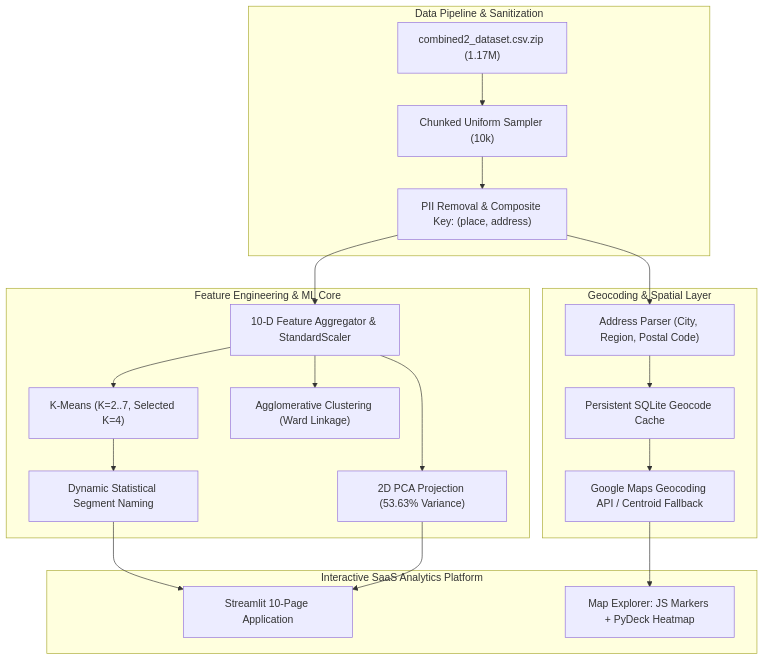
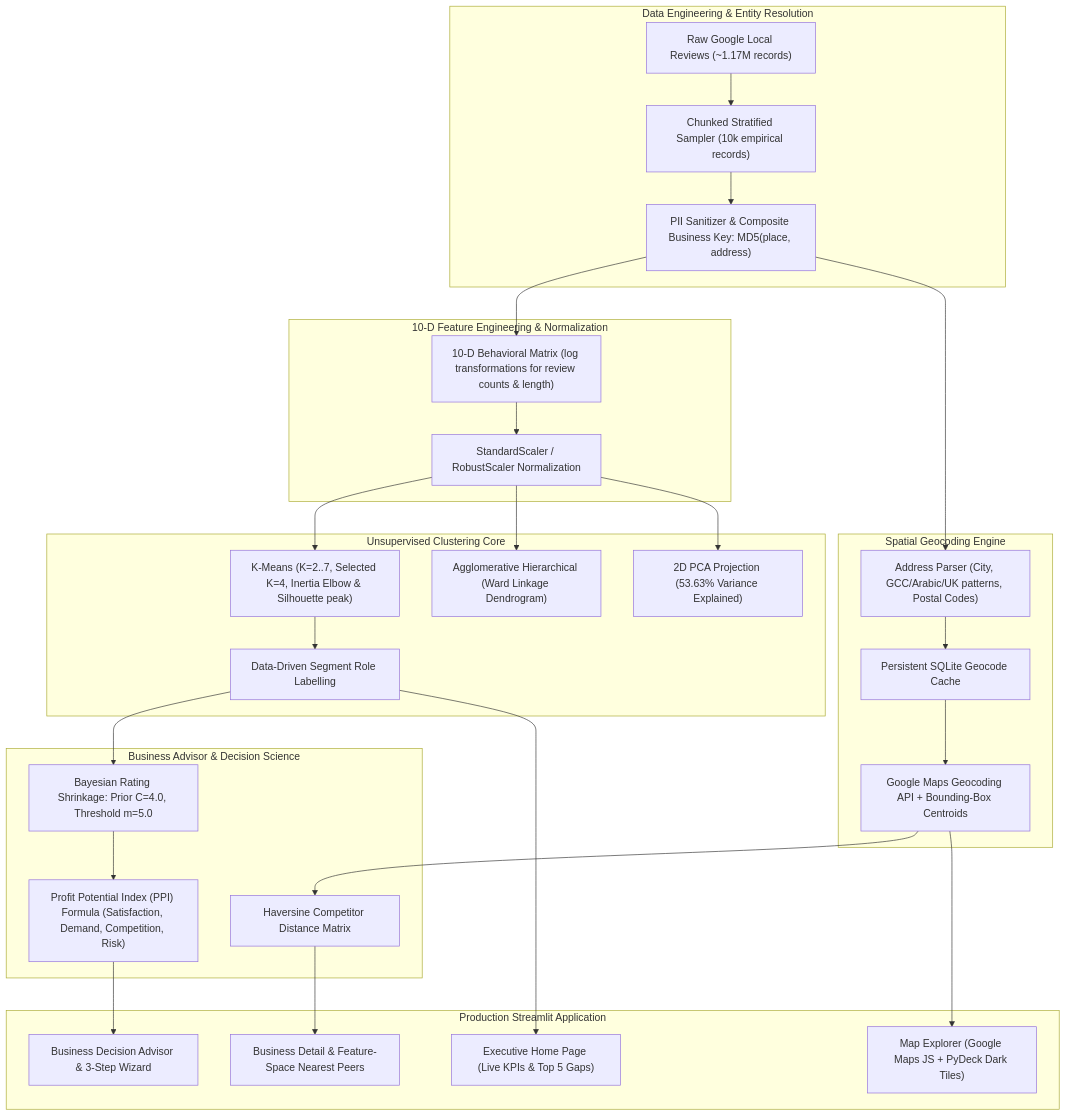
Before and after one commit to Jayant-Hu/Business-Review-Pattern-Segmentation-Using-Clustering: the diagram in README.md, drawn with Mermaid. The commit also changed other lines of this file and 20 other files, not shown here.

````diff
--- a/README.md
+++ b/README.md
@@ -15,27 +15,38 @@
 ```mermaid
 flowchart TD
-    subgraph DataPipeline ["Data Pipeline & Sanitization"]
-        RawZip["combined2_dataset.csv.zip (1.17M)"] --> ChunkSampler["Chunked Uniform Sampler (10k)"]
-        ChunkSampler --> CleanReviews["PII Removal & Composite Key: (place, address)"]
+    subgraph DataPipeline ["Data Engineering & Entity Resolution"]
+        Raw["Raw Google Local Reviews (~1.17M records)"] --> Sampler["Chunked Stratified Sampler (10k empirical records)"]
+        Sampler --> Cleaner["PII Sanitizer & Composite Business Key: MD5(place, address)"]
     end
 
-    subgraph MLCreator ["Feature Engineering & ML Core"]
-        CleanReviews --> FeatEng["10-D Feature Aggregator & StandardScaler"]
-        FeatEng --> KMeans["K-Means (K=2..7, Selected K=4)"]
-        FeatEng --> Hierarchical["Agglomerative Clustering (Ward Linkage)"]
-        FeatEng --> PCA2D["2D PCA Projection (53.63% Variance)"]
-        KMeans --> DynamicLabels["Dynamic Statistical Segment Naming"]
+    subgraph FeatureEngineering ["10-D Feature Engineering & Normalization"]
+        Cleaner --> FeatureMatrix["10-D Behavioral Matrix (log transformations for review counts & length)"]
+        FeatureMatrix --> Scaler["StandardScaler / RobustScaler Normalization"]
     end
 
-    subgraph GeoLayer ["Geocoding & Spatial Layer"]
-        CleanReviews --> CityParser["Address Parser (City, Region, Postal Code)"]
-        CityParser --> SQLiteCache["Persistent SQLite Geocode Cache"]
-        SQLiteCache --> GoogleMapsAPI["Google Maps Geocoding API / Centroid Fallback"]
+    subgraph MLCreator ["Unsupervised Clustering Core"]
+        Scaler --> KMeans["K-Means (K=2..7, Selected K=4, Inertia Elbow & Silhouette peak)"]
+        Scaler --> Hierarchical["Agglomerative Hierarchical (Ward Linkage Dendrogram)"]
+        Scaler --> PCA["2D PCA Projection (53.63% Variance Explained)"]
+        KMeans --> DynamicRoles["Data-Driven Segment Role Labelling"]
     end
 
-    subgraph UI ["Interactive SaaS Analytics Platform"]
-        DynamicLabels --> Dashboard["Streamlit 10-Page Application"]
-        PCA2D --> Dashboard
-        GoogleMapsAPI --> MapExplorer["Map Explorer: JS Markers + PyDeck Heatmap"]
+    subgraph GeoSpatial ["Spatial Geocoding Engine"]
+        Cleaner --> CityParser["Address Parser (City, GCC/Arabic/UK patterns, Postal Codes)"]
+        CityParser --> SQLiteCache["Persistent SQLite Geocode Cache"]
+        SQLiteCache --> Geocoder["Google Maps Geocoding API + Bounding-Box Centroids"]
+    end
+
+    subgraph DecisionEngine ["Business Advisor & Decision Science"]
+        DynamicRoles --> Bayesian["Bayesian Rating Shrinkage: Prior C=4.0, Threshold m=5.0"]
+        Bayesian --> PPI["Profit Potential Index (PPI) Formula (Satisfaction, Demand, Competition, Risk)"]
+        Geocoder --> Haversine["Haversine Competitor Distance Matrix"]
+    end
+
+    subgraph UI ["Production Streamlit Application"]
+        PPI --> AdvisorPage["Business Decision Advisor & 3-Step Wizard"]
+        Haversine --> DetailPage["Business Detail & Feature-Space Nearest Peers"]
+        Geocoder --> MapPage["Map Explorer (Google Maps JS + PyDeck Dark Tiles)"]
+        DynamicRoles --> OverviewPage["Executive Home Page (Live KPIs & Top 5 Gaps)"]
     end
 ```
````
